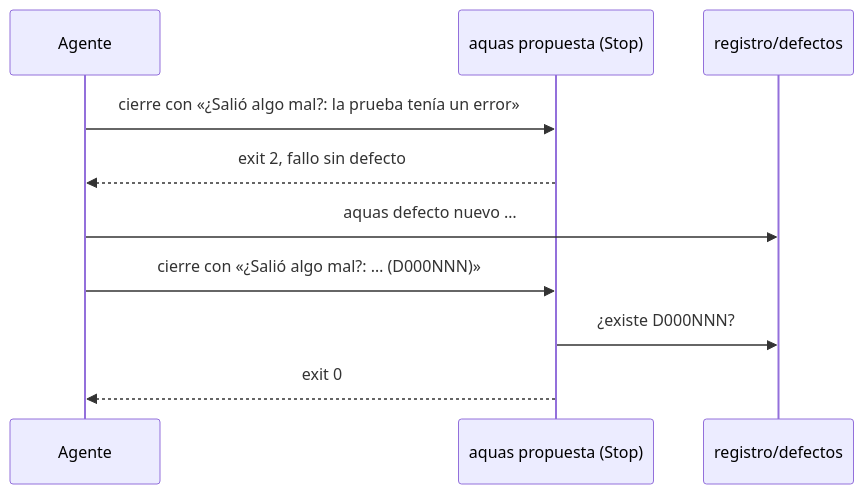
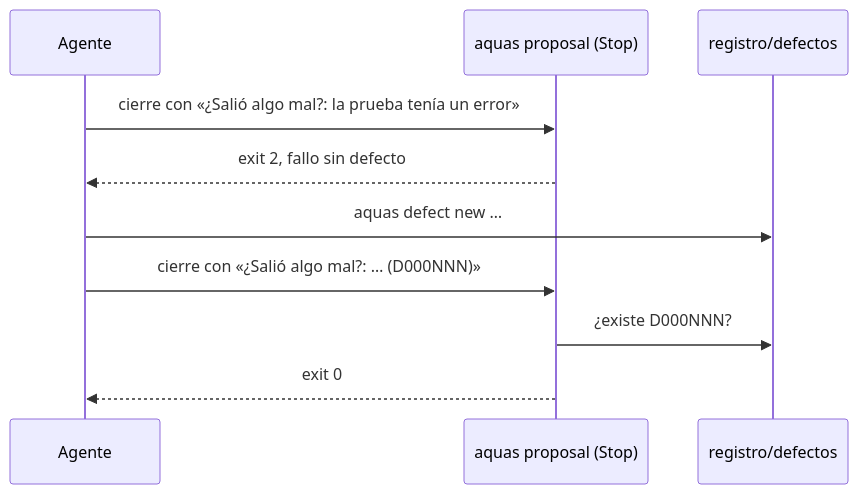
Before and after one commit to jliberal-aquas/aquas-central-harness-government: the diagram in docs/E001/F004/S002.md, drawn with Mermaid. The commit also changed other lines of this file and 184 other files, not shown here.

````diff
--- a/docs/E001/F004/S002.md
+++ b/docs/E001/F004/S002.md
@@ -54,12 +54,12 @@
 ```mermaid
 sequenceDiagram
     participant A as Agente
-    participant S as aquas propuesta (Stop)
+    participant S as aquas proposal (Stop)
     participant R as registro/defectos
     A->>S: cierre con «¿Salió algo mal?: la prueba tenía un error»
     S-->>A: exit 2, fallo sin defecto
-    A->>R: aquas defecto nuevo …
+    A->>R: aquas defect new …
     A->>S: cierre con «¿Salió algo mal?: … (D000NNN)»
     S->>R: ¿existe D000NNN?
     S-->>A: exit 0
 ```
````
